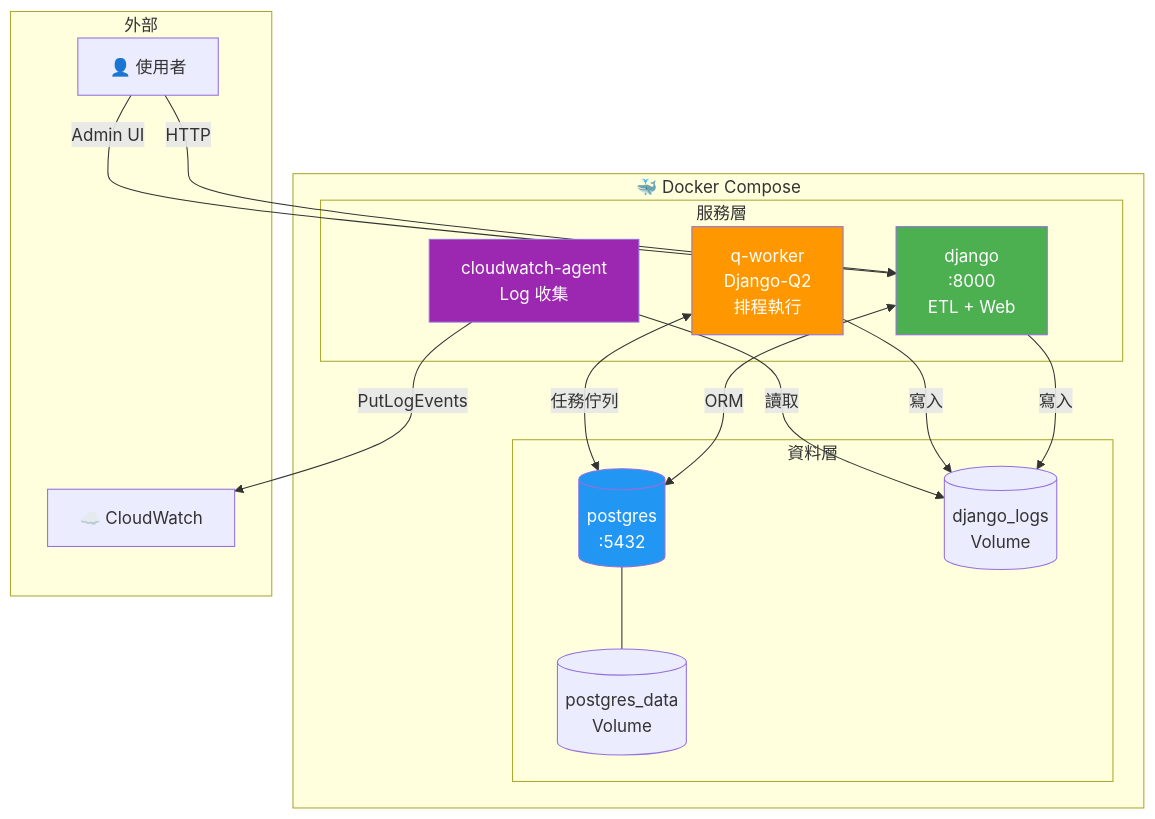
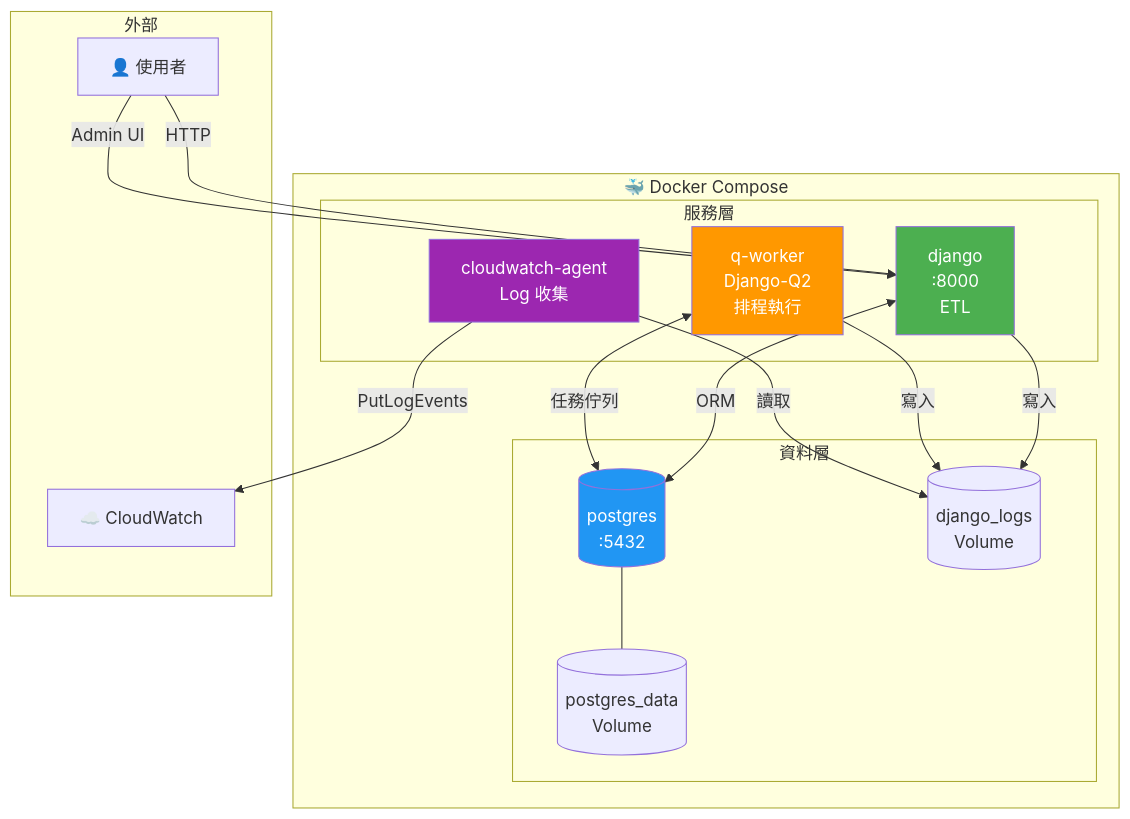
Before and after one commit to wrbyepct/assignment: the eighth of 12 diagrams in README.md, drawn with Mermaid. The commit also changed other lines of this file and 3 other files, not shown here.

````diff
--- a/README.md
+++ b/README.md
@@ -1835,38 +953,38 @@
 ```mermaid
 flowchart TB
     subgraph DockerCompose["🐳 Docker Compose"]
         subgraph Services["服務層"]
-            DJ["django<br/>:8000<br/>ETL + Web"]
+            DJ["django<br/>:8000<br/>ETL"]
             QW["q-worker<br/>Django-Q2<br/>排程執行"]
             CWA["cloudwatch-agent<br/>Log 收集"]
         end
         
         subgraph Data["資料層"]
             PG[("postgres<br/>:5432")]
             VOL_DB[("postgres_data<br/>Volume")]
             VOL_LOG[("django_logs<br/>Volume")]
         end
         
         DJ <-->|ORM| PG
         QW <-->|任務佇列| PG
         PG --- VOL_DB
         
         DJ -->|寫入| VOL_LOG
         QW -->|寫入| VOL_LOG
         CWA -->|讀取| VOL_LOG
     end
     
     subgraph External["外部"]
         USER[👤 使用者]
         AWS[☁️ CloudWatch]
     end
     
     USER -->|HTTP| DJ
     USER -->|Admin UI| DJ
     CWA -->|PutLogEvents| AWS
 
     style DJ fill:#4caf50,color:#fff
     style QW fill:#ff9800,color:#fff
     style PG fill:#2196f3,color:#fff
     style CWA fill:#9c27b0,color:#fff
 ```
````
